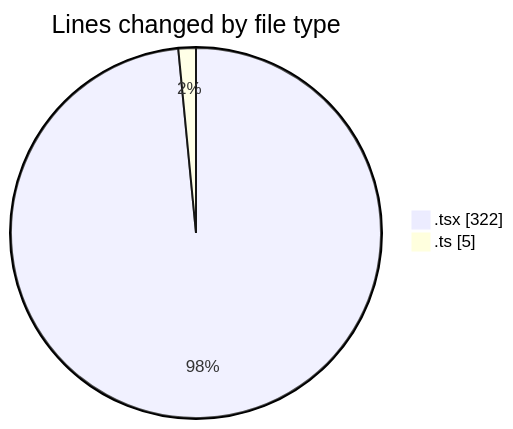
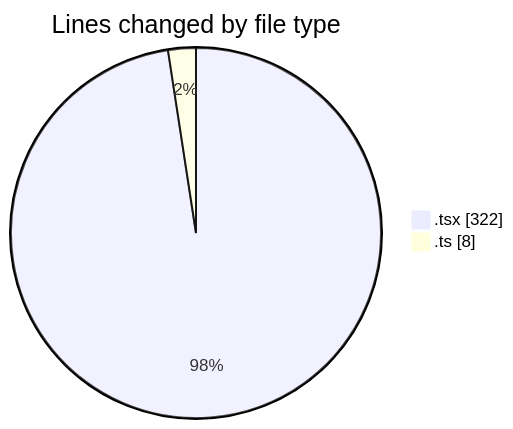
One commit to julien-gomy/code-tracking changed the first of 2 diagrams in 2025-10-16/eventscop-frontend-guide__workspace_/README.md. Above: the diagram before and after it, drawn with Mermaid. The commit also changed other lines of this file and 1 other file, not shown here.

````diff
--- a/2025-10-16/eventscop-frontend-guide__workspace_/README.md
+++ b/2025-10-16/eventscop-frontend-guide__workspace_/README.md
@@ -24,6 +24,6 @@
 ```mermaid
 pie showData
 title Lines changed by file type
 ".tsx" : 322
-".ts" : 5
+".ts" : 8
 ```
````
